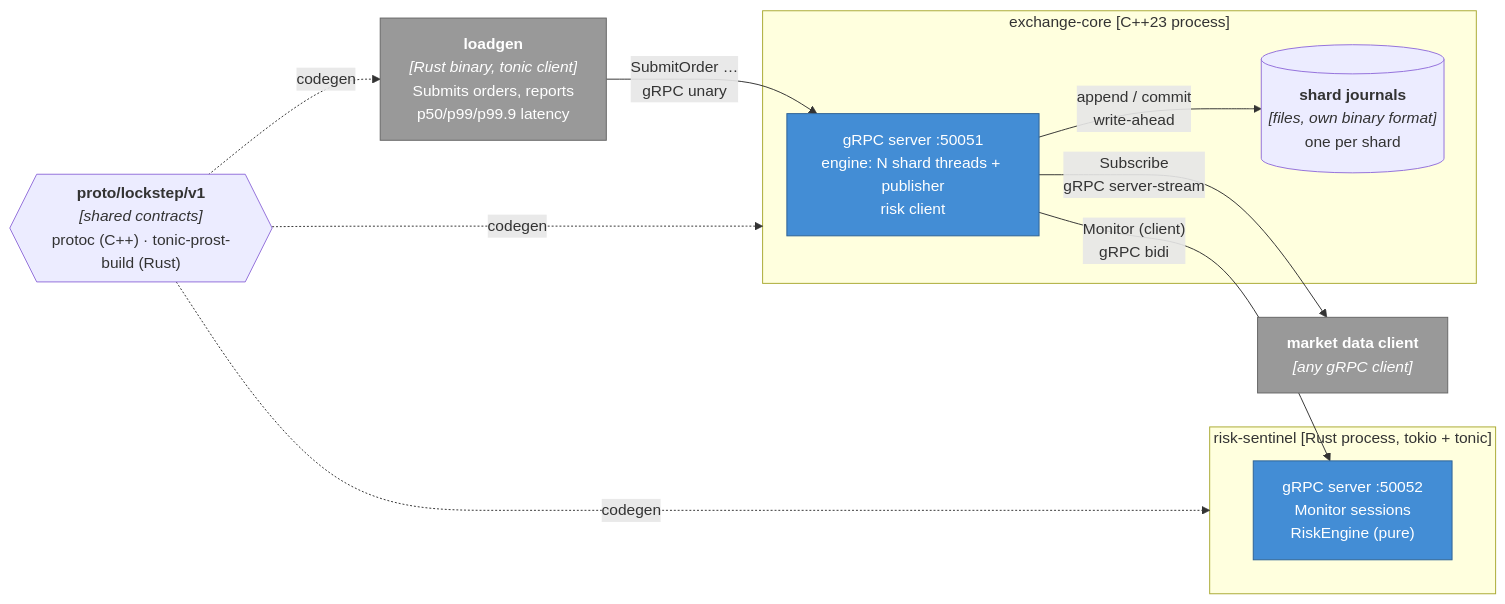
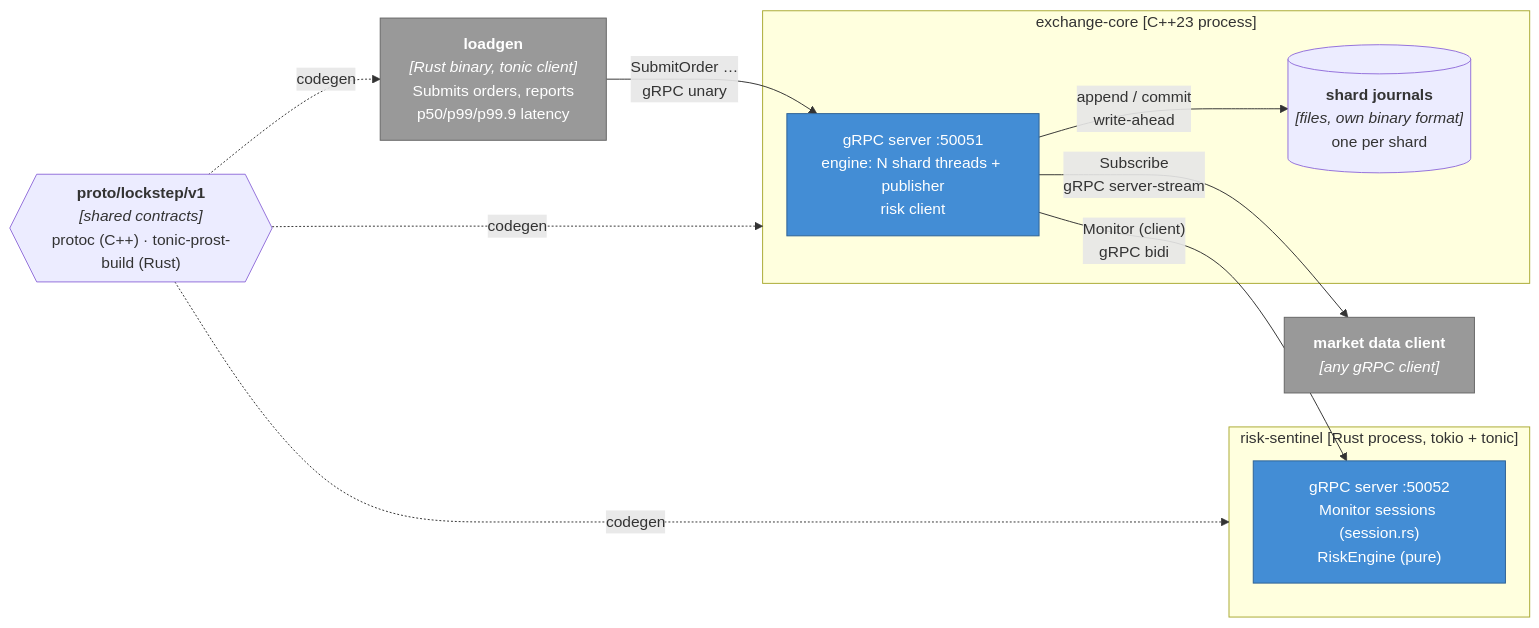
The first of 2 diagrams in docs/architecture/c4-container.md (Tomek52/lockstep-exchange), drawn with Mermaid before and after one commit. The commit also changed 9 other files, not shown here.

First line of the commit message:
feat(sentinel): Monitor session logic with dedup, command ids and heartbeats

````diff
--- a/docs/architecture/c4-container.md
+++ b/docs/architecture/c4-container.md
@@ -5,30 +5,30 @@
 ```mermaid
 flowchart LR
     loadgen["<b>loadgen</b><br/><i>[Rust binary, tonic client]</i><br/>Submits orders, reports<br/>p50/p99/p99.9 latency"]
     mdc["<b>market data client</b><br/><i>[any gRPC client]</i>"]
 
     subgraph core_box["exchange-core  [C++23 process]"]
         core["gRPC server :50051<br/>engine: N shard threads + publisher<br/>risk client"]
         journal[("<b>shard journals</b><br/><i>[files, own binary format]</i><br/>one per shard")]
     end
 
     subgraph rust_box["risk-sentinel  [Rust process, tokio + tonic]"]
-        sentinel["gRPC server :50052<br/>Monitor sessions<br/>RiskEngine (pure)"]
+        sentinel["gRPC server :50052<br/>Monitor sessions (session.rs)<br/>RiskEngine (pure)"]
     end
 
     proto{{"<b>proto/lockstep/v1</b><br/><i>[shared contracts]</i><br/>protoc (C++) · tonic-prost-build (Rust)"}}
 
     loadgen -- "SubmitOrder …<br/>gRPC unary" --> core
     core -- "Subscribe<br/>gRPC server-stream" --> mdc
     core -- "Monitor (client)<br/>gRPC bidi" --> sentinel
     core -- "append / commit<br/>write-ahead" --> journal
 
     proto -. codegen .-> core_box
     proto -. codegen .-> rust_box
     proto -. codegen .-> loadgen
 
     classDef ext fill:#999,color:#fff,stroke:#666
     classDef cont fill:#438dd5,color:#fff,stroke:#2e6295
     class loadgen,mdc ext
     class core,sentinel cont
 ```
````
